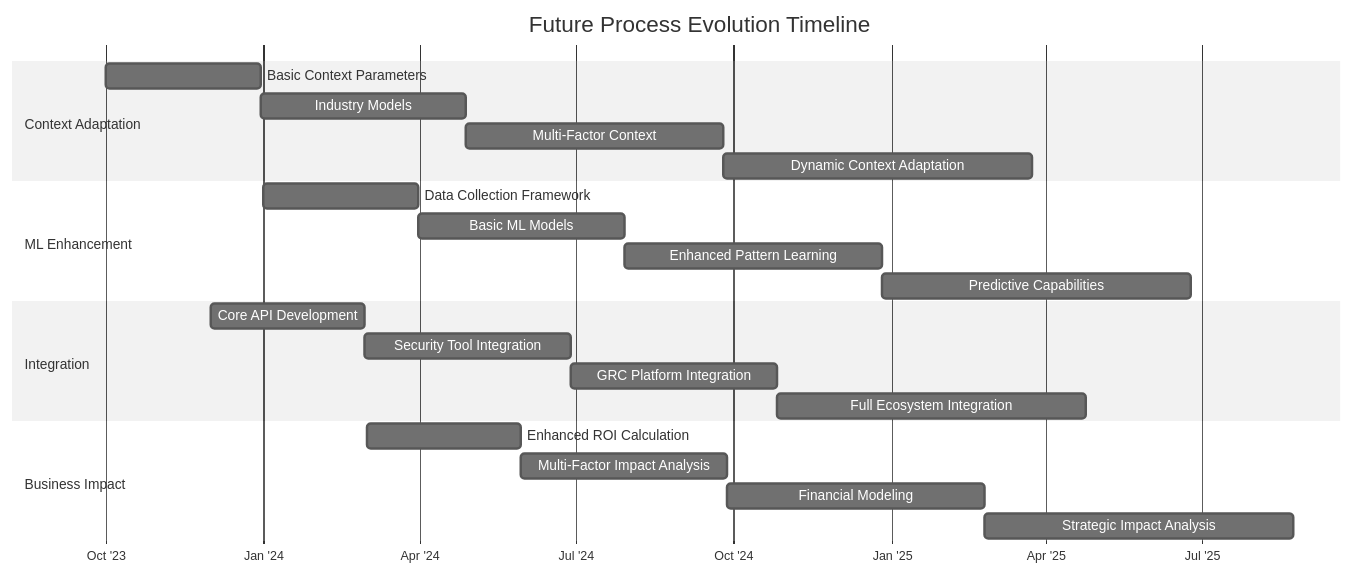
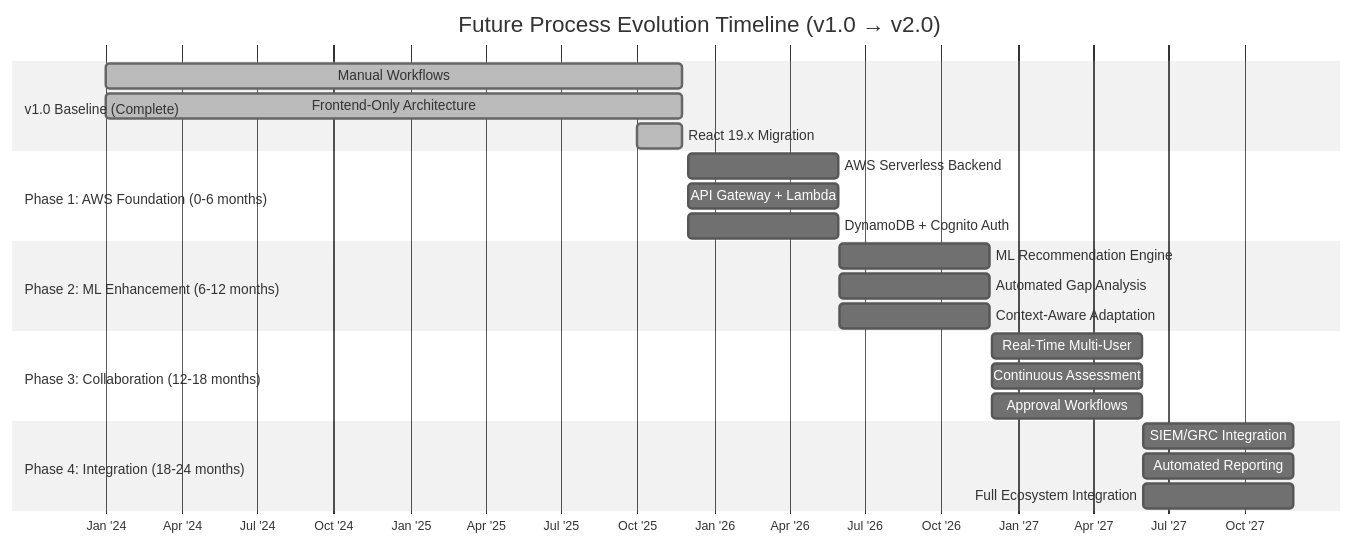
One commit to Hack23/cia-compliance-manager changed diagram 15 of 15 in docs/architecture/FUTURE_FLOWCHART.md. Above: the diagram before and after it, drawn with Mermaid (neutral theme). The commit also changed other lines of this file, not shown here.

First line of the commit message:
Update FUTURE_FLOWCHART.md with ML-enhanced compliance workflows (#720)

````diff
--- a/docs/architecture/FUTURE_FLOWCHART.md
+++ b/docs/architecture/FUTURE_FLOWCHART.md
@@ -530,31 +1352,32 @@
 ```mermaid
 gantt
-    title Future Process Evolution Timeline
+    title Future Process Evolution Timeline (v1.0 → v2.0)
     dateFormat YYYY-MM-DD
     axisFormat %b '%y
     tickInterval 3month
     
-    section Context Adaptation
-    Basic Context Parameters    :a1, 2023-10-01, 90d
-    Industry Models             :a2, after a1, 120d
-    Multi-Factor Context        :a3, after a2, 150d
-    Dynamic Context Adaptation  :a4, after a3, 180d
+    section v1.0 Baseline (Complete)
+    Manual Workflows            :done, v1, 2024-01-01, 2025-11-23
+    Frontend-Only Architecture  :done, v2, 2024-01-01, 2025-11-23
+    React 19.x Migration        :done, v3, 2025-10-01, 2025-11-23
     
-    section ML Enhancement
-    Data Collection Framework   :b1, 2024-01-01, 90d
-    Basic ML Models             :b2, after b1, 120d
-    Enhanced Pattern Learning   :b3, after b2, 150d
-    Predictive Capabilities     :b4, after b3, 180d
+    section Phase 1: AWS Foundation (0-6 months)
+    AWS Serverless Backend      :p1a, 2025-12-01, 180d
+    API Gateway + Lambda        :p1b, 2025-12-01, 180d
+    DynamoDB + Cognito Auth     :p1c, 2025-12-01, 180d
     
-    section Integration
-    Core API Development        :c1, 2023-12-01, 90d
-    Security Tool Integration   :c2, after c1, 120d
-    GRC Platform Integration    :c3, after c2, 120d
-    Full Ecosystem Integration  :c4, after c3, 180d
+    section Phase 2: ML Enhancement (6-12 months)
+    ML Recommendation Engine    :p2a, 2026-06-01, 180d
+    Automated Gap Analysis      :p2b, 2026-06-01, 180d
+    Context-Aware Adaptation    :p2c, 2026-06-01, 180d
     
-    section Business Impact
-    Enhanced ROI Calculation    :d1, 2024-03-01, 90d
-    Multi-Factor Impact Analysis:d2, after d1, 120d
-    Financial Modeling          :d3, after d2, 150d
-    Strategic Impact Analysis   :d4, after d3, 180d
+    section Phase 3: Collaboration (12-18 months)
+    Real-Time Multi-User        :p3a, 2026-12-01, 180d
+    Continuous Assessment       :p3b, 2026-12-01, 180d
+    Approval Workflows          :p3c, 2026-12-01, 180d
+    
+    section Phase 4: Integration (18-24 months)
+    SIEM/GRC Integration        :p4a, 2027-06-01, 180d
+    Automated Reporting         :p4b, 2027-06-01, 180d
+    Full Ecosystem Integration  :p4c, 2027-06-01, 180d
 ```
````
